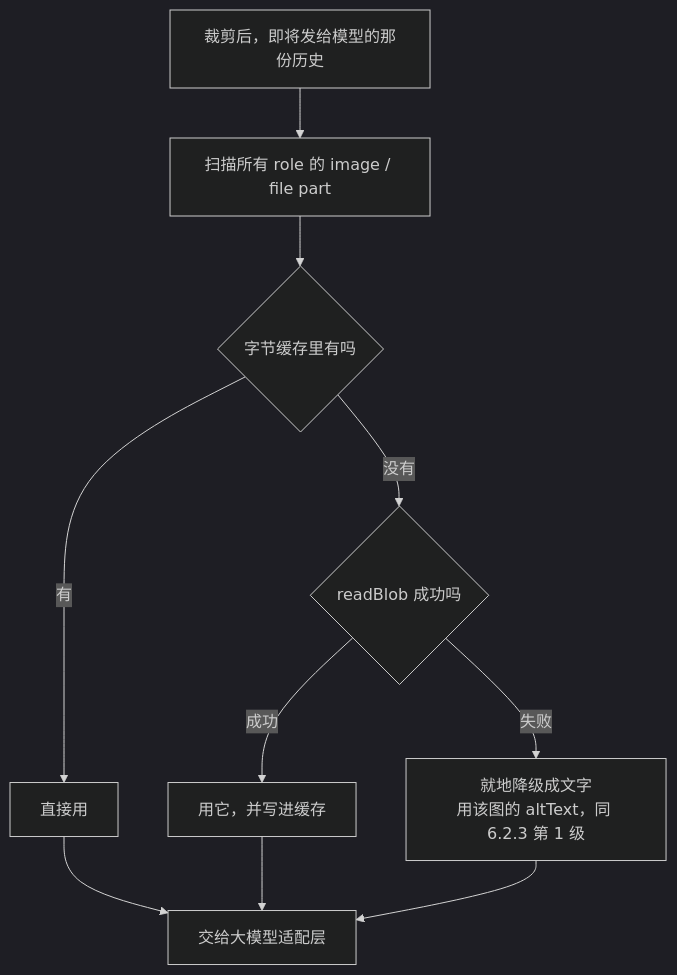
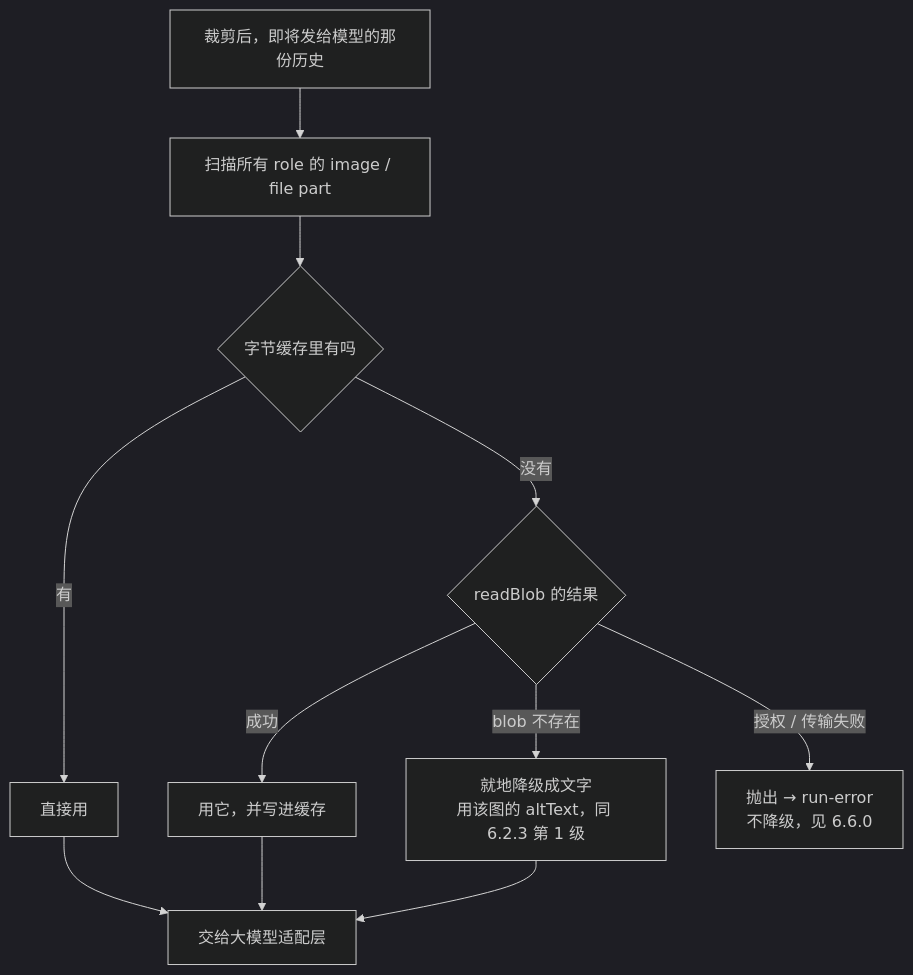
Diagram 14 of 19 in docs/superpowers/specs/2026-08-26-agent-sdk-design.md (shazhou-ww/unidocs), drawn with Mermaid (dark theme) before and after one commit. The commit also changed other lines of this file, not shown here.

First line of the commit message:
docs(agent-sdk): 对齐 main 577f402,并定下 run 的授权窗口

````diff
--- a/docs/superpowers/specs/2026-08-26-agent-sdk-design.md
+++ b/docs/superpowers/specs/2026-08-26-agent-sdk-design.md
@@ -1441,12 +1614,13 @@
 ```mermaid
 flowchart TB
     T["裁剪后，即将发给模型的那份历史"] --> S["扫描所有 role 的 image / file part"]
     S --> H{"字节缓存里有吗"}
     H -->|有| K["直接用"]
-    H -->|没有| R{"readBlob 成功吗"}
+    H -->|没有| R{"readBlob 的结果"}
     R -->|成功| K2["用它，并写进缓存"]
-    R -->|失败| G["就地降级成文字<br/>用该图的 altText，同 6.2.3 第 1 级"]
+    R -->|"blob 不存在"| G["就地降级成文字<br/>用该图的 altText，同 6.2.3 第 1 级"]
+    R -->|"授权 / 传输失败"| X["抛出 → run-error<br/>不降级，见 6.6.0"]
     K --> OUT["交给大模型适配层"]
     K2 --> OUT
     G --> OUT
 ```
````
